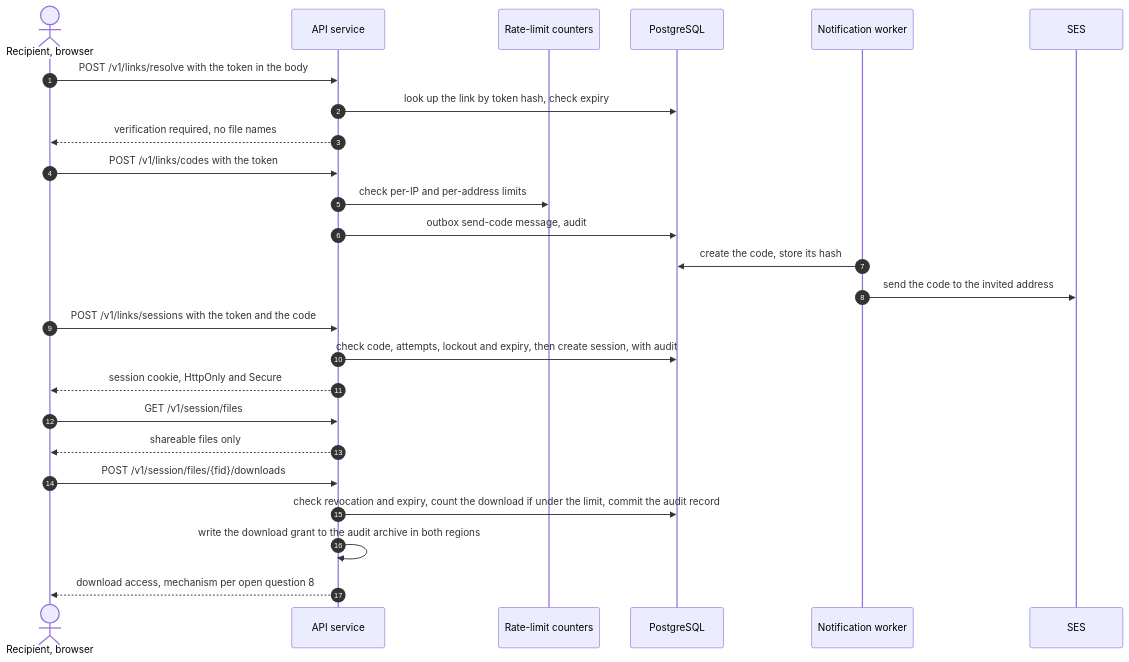
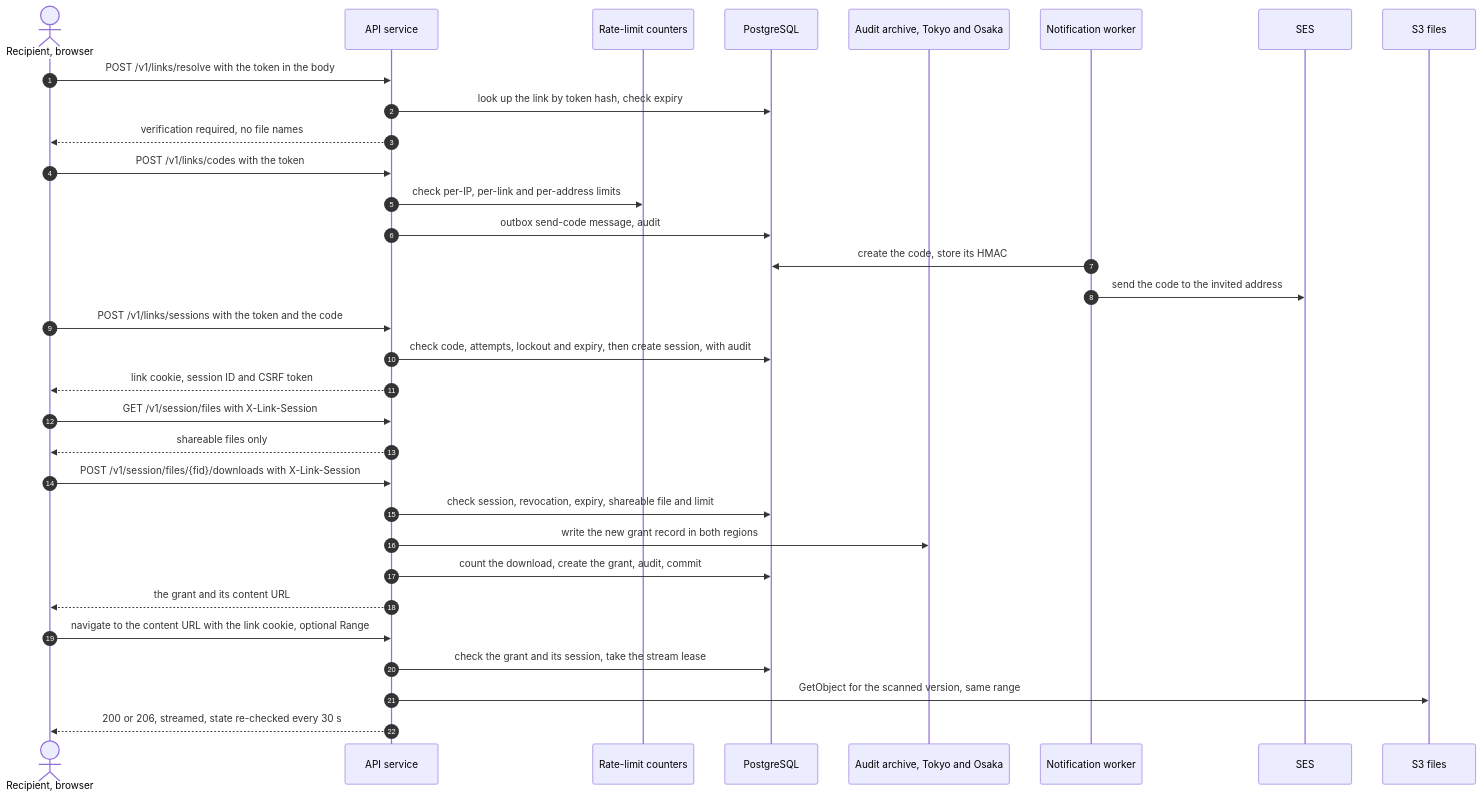
One commit to codewithmuh/secure-file-transfer changed the fifth of 8 diagrams in docs/architecture.md. Above: the diagram before and after it, drawn with Mermaid. The commit also changed other lines of this file and 10 other files, not shown here.

````diff
--- a/docs/architecture.md
+++ b/docs/architecture.md
@@ -241,27 +353,34 @@
 ```mermaid
 sequenceDiagram
     autonumber
     actor R as Recipient, browser
     participant API as API service
     participant RL as Rate-limit counters
     participant DB as PostgreSQL
+    participant AR as Audit archive, Tokyo and Osaka
     participant NW as Notification worker
     participant E as SES
+    participant S3 as S3 files
     R->>API: POST /v1/links/resolve with the token in the body
     API->>DB: look up the link by token hash, check expiry
     API-->>R: verification required, no file names
     R->>API: POST /v1/links/codes with the token
-    API->>RL: check per-IP and per-address limits
+    API->>RL: check per-IP, per-link and per-address limits
     API->>DB: outbox send-code message, audit
-    NW->>DB: create the code, store its hash
+    NW->>DB: create the code, store its HMAC
     NW->>E: send the code to the invited address
     R->>API: POST /v1/links/sessions with the token and the code
     API->>DB: check code, attempts, lockout and expiry, then create session, with audit
-    API-->>R: session cookie, HttpOnly and Secure
-    R->>API: GET /v1/session/files
+    API-->>R: link cookie, session ID and CSRF token
+    R->>API: GET /v1/session/files with X-Link-Session
     API-->>R: shareable files only
-    R->>API: POST /v1/session/files/{fid}/downloads
-    API->>DB: check revocation and expiry, count the download if under the limit, commit the audit record
-    API->>API: write the download grant to the audit archive in both regions
-    API-->>R: download access, mechanism per open question 8
+    R->>API: POST /v1/session/files/{fid}/downloads with X-Link-Session
+    API->>DB: check session, revocation, expiry, shareable file and limit
+    API->>AR: write the new grant record in both regions
+    API->>DB: count the download, create the grant, audit, commit
+    API-->>R: the grant and its content URL
+    R->>API: navigate to the content URL with the link cookie, optional Range
+    API->>DB: check the grant and its session, take the stream lease
+    API->>S3: GetObject for the scanned version, same range
+    API-->>R: 200 or 206, streamed, state re-checked every 30 s
 ```
````
